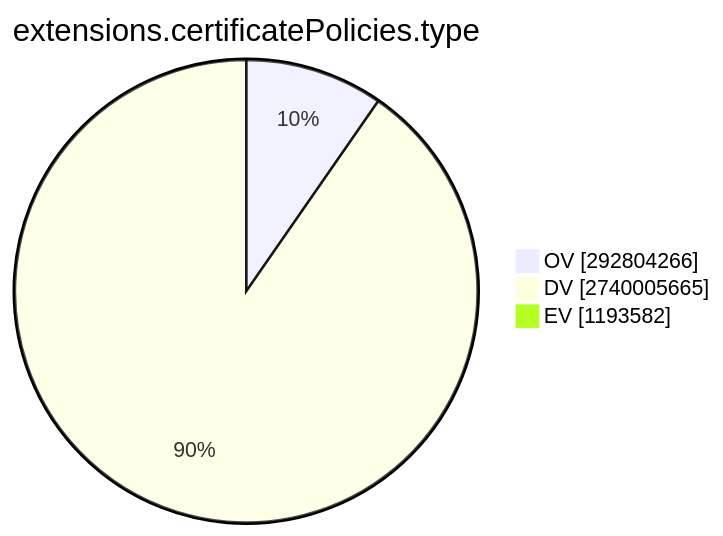
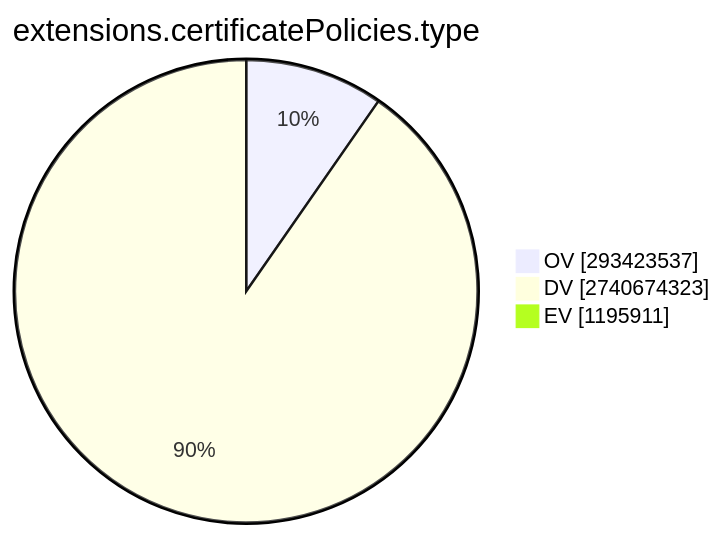
One commit to christiankrug/ctmonitor_visualization changed the ninth of 15 diagrams in TOTAL/README.md. Above: the diagram before and after it, drawn with Mermaid. The commit also changed other lines of this file, not shown here.

````diff
--- a/TOTAL/README.md
+++ b/TOTAL/README.md
@@ -3093,7 +3093,7 @@
 ```mermaid
 pie showData
 title extensions.certificatePolicies.type
-"OV" :292804266
-"DV" :2740005665
-"EV" :1193582
+"OV" :293423537
+"DV" :2740674323
+"EV" :1195911
 ```
````
